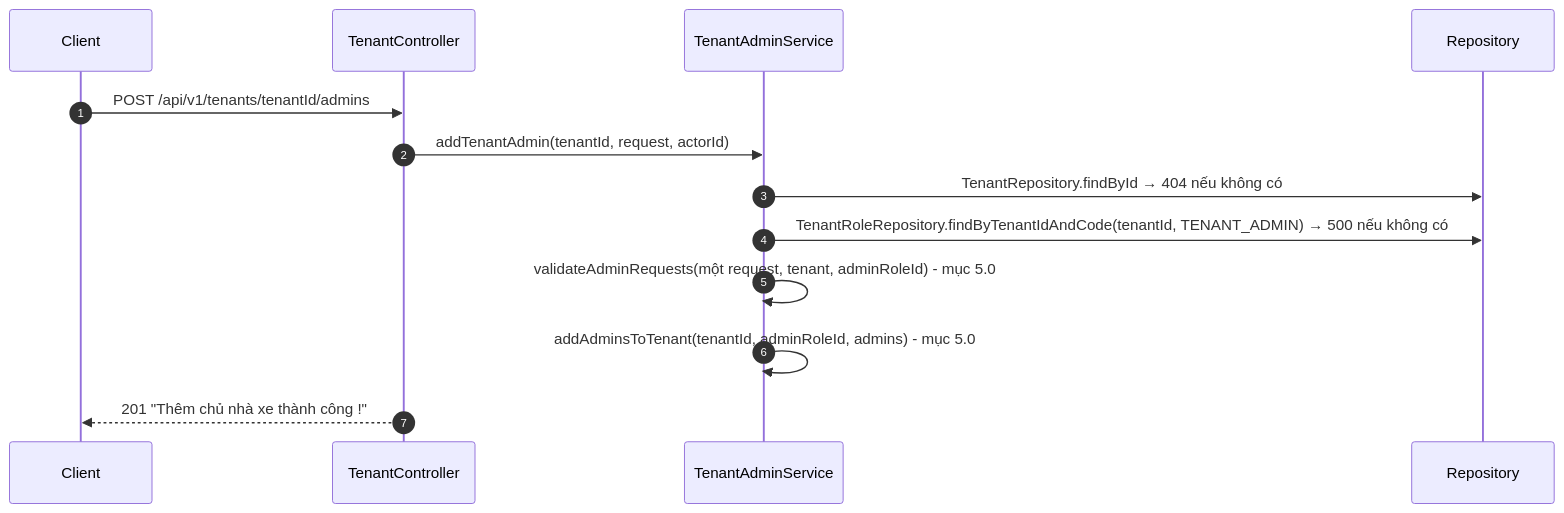
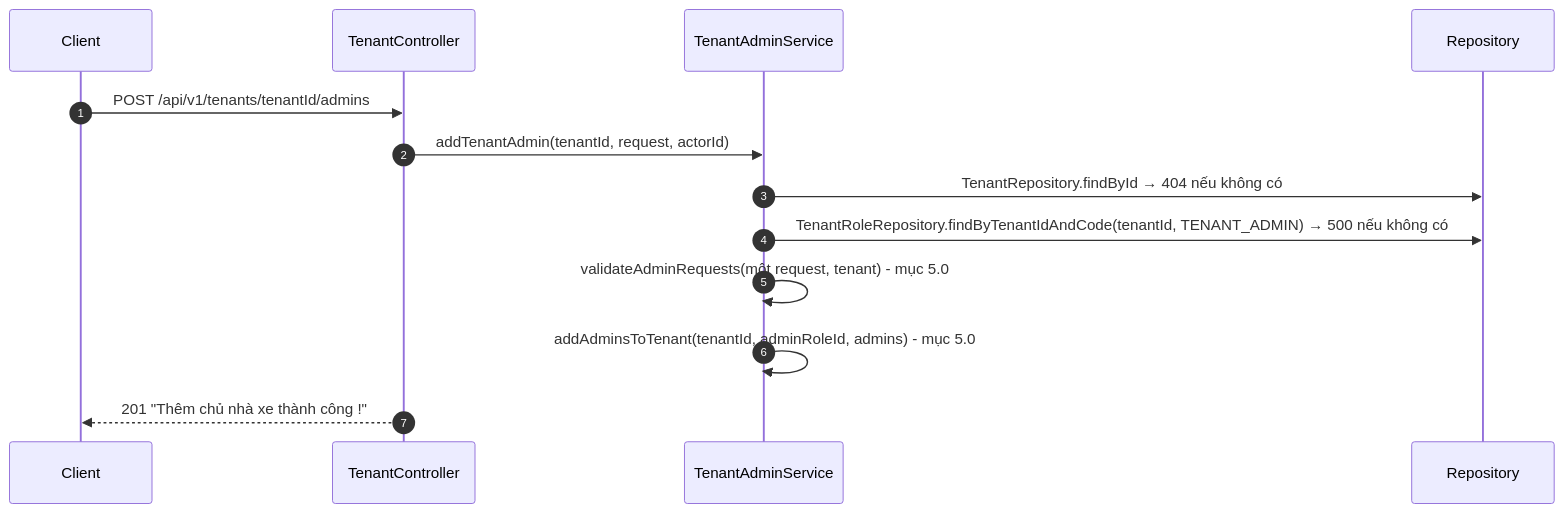
The eighth of 9 diagrams in docs/plans/tenant/2026-10-19-tenant-detail-design.md (foodboi88/car-rental-saas), drawn with Mermaid before and after one commit. The commit also changed other lines of this file and 28 other files, not shown here.

````diff
--- a/docs/plans/tenant/2026-10-19-tenant-detail-design.md
+++ b/docs/plans/tenant/2026-10-19-tenant-detail-design.md
@@ -394,15 +406,15 @@
 ```mermaid
 sequenceDiagram
   autonumber
   participant C as Client
   participant K as TenantController
   participant A as TenantAdminService
   participant R as Repository
   C->>K: POST /api/v1/tenants/tenantId/admins
   K->>A: addTenantAdmin(tenantId, request, actorId)
   A->>R: TenantRepository.findById → 404 nếu không có
   A->>R: TenantRoleRepository.findByTenantIdAndCode(tenantId, TENANT_ADMIN) → 500 nếu không có
-  A->>A: validateAdminRequests(một request, tenant, adminRoleId) - mục 5.0
+  A->>A: validateAdminRequests(một request, tenant) - mục 5.0
   A->>A: addAdminsToTenant(tenantId, adminRoleId, admins) - mục 5.0
   K-->>C: 201 "Thêm chủ nhà xe thành công !"
 ```
````
